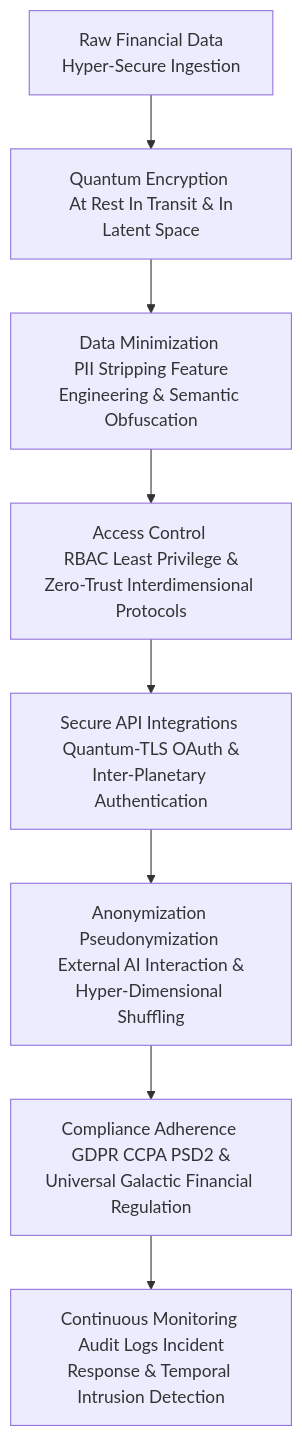
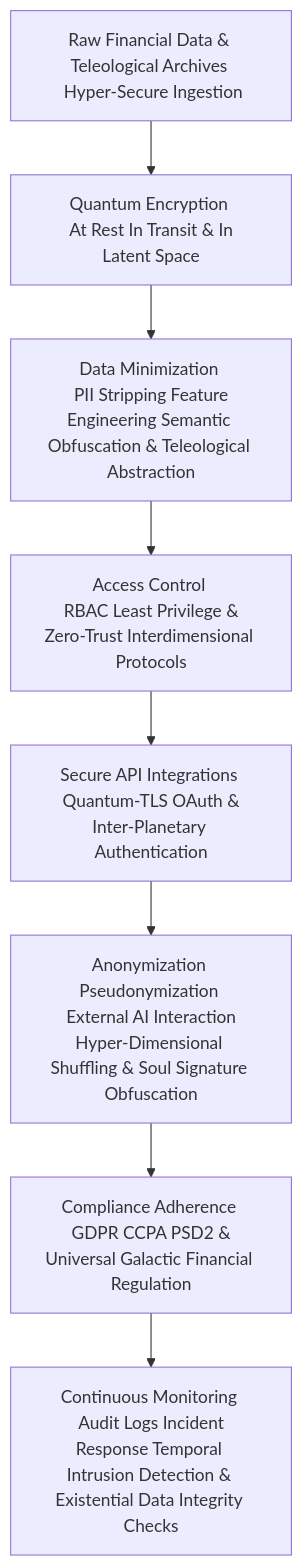
Before and after one commit to diplomat-bit/Citibank_Demo_Business_Inc_Demonstration-: the tenth of 10 diagrams in inventions/inventions/006_ai_subscription_detection/007_ai_subscription_optimization.md, drawn with Mermaid. The commit also changed other lines of this file, not shown here.

Commit message:
[AI] Edit: inventions/inventions/006_ai_subscription_detection/007_ai_subscription_optimization.md

````diff
--- a/inventions/inventions/006_ai_subscription_detection/007_ai_subscription_optimization.md
+++ b/inventions/inventions/006_ai_subscription_detection/007_ai_subscription_optimization.md
@@ -310,10 +340,10 @@
 ```mermaid
 graph TD
-    A[Raw Financial Data <br/> Hyper-Secure Ingestion] --> B[Quantum Encryption <br/> At Rest In Transit & In Latent Space]
-    B --> C[Data Minimization <br/> PII Stripping Feature Engineering & Semantic Obfuscation]
+    A[Raw Financial Data & Teleological Archives <br/> Hyper-Secure Ingestion] --> B[Quantum Encryption <br/> At Rest In Transit & In Latent Space]
+    B --> C[Data Minimization <br/> PII Stripping Feature Engineering Semantic Obfuscation & Teleological Abstraction]
     C --> D[Access Control <br/> RBAC Least Privilege & Zero-Trust Interdimensional Protocols]
     D --> E[Secure API Integrations <br/> Quantum-TLS OAuth & Inter-Planetary Authentication]
-    E --> F[Anonymization Pseudonymization <br/> External AI Interaction & Hyper-Dimensional Shuffling]
+    E --> F[Anonymization Pseudonymization <br/> External AI Interaction Hyper-Dimensional Shuffling & Soul Signature Obfuscation]
     F --> G[Compliance Adherence <br/> GDPR CCPA PSD2 & Universal Galactic Financial Regulation]
-    G --> H[Continuous Monitoring <br/> Audit Logs Incident Response & Temporal Intrusion Detection]
+    G --> H[Continuous Monitoring <br/> Audit Logs Incident Response Temporal Intrusion Detection & Existential Data Integrity Checks]
 ```
````
